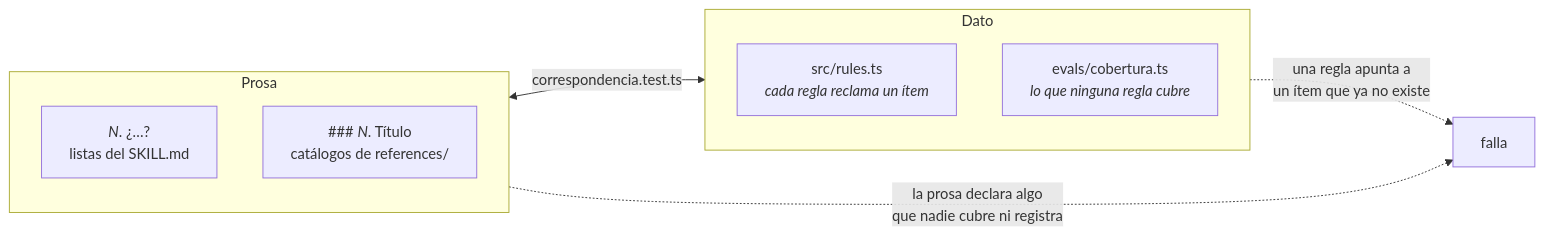
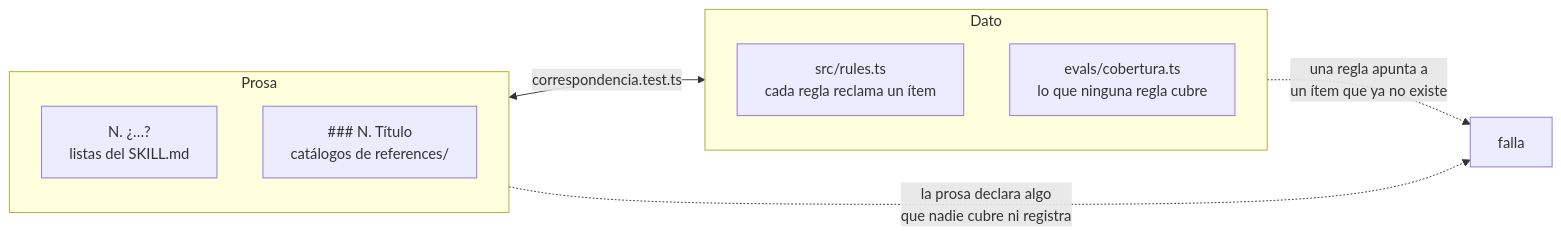
The second of 4 diagrams in README.md (diegnghtmr/writing-harness), drawn with Mermaid before and after one commit. The commit also changed other lines of this file and 1 other file, not shown here.

First line of the commit message:
docs: diagramas que renderizan de verdad, y uno mas en AGENTS.md

````diff
--- a/README.md
+++ b/README.md
@@ -105,19 +105,19 @@
 ```mermaid
 flowchart LR
     subgraph P["Prosa"]
         direction TB
-        C1["<i>N</i>. ¿…?<br/>listas del SKILL.md"]
-        C2["### <i>N</i>. Título<br/>catálogos de references/"]
+        C1["N. ¿…?<br/>listas del SKILL.md"]
+        C2["### N. Título<br/>catálogos de references/"]
     end
 
     subgraph D["Dato"]
         direction TB
-        RR["src/rules.ts<br/><i>cada regla reclama un ítem</i>"]
-        CO["evals/cobertura.ts<br/><i>lo que ninguna regla cubre</i>"]
+        RR["src/rules.ts<br/>cada regla reclama un ítem"]
+        CO["evals/cobertura.ts<br/>lo que ninguna regla cubre"]
     end
 
     P <-->|"correspondencia.test.ts"| D
 
     D -.->|"una regla apunta a<br/>un ítem que ya no existe"| F1["falla"]
     P -.->|"la prosa declara algo<br/>que nadie cubre ni registra"| F1
 ```
````
